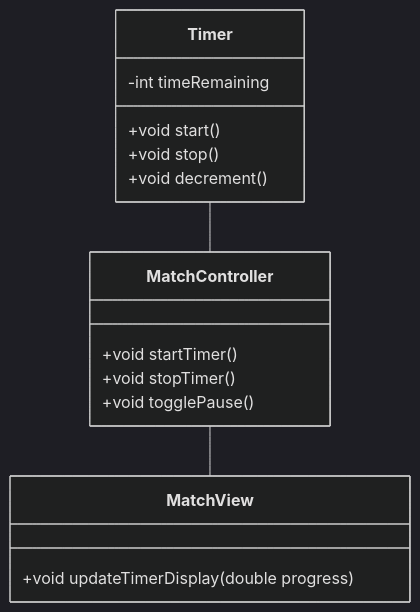
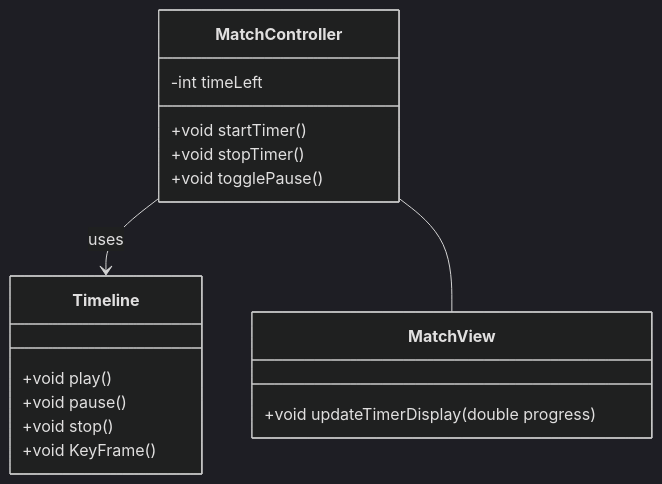
One commit to giuliavanni/frogger changed the third of 6 diagrams in README.md. Above: the diagram before and after it, drawn with Mermaid (dark theme). The commit also changed other lines of this file, not shown here.

````diff
--- a/README.md
+++ b/README.md
@@ -199,19 +199,21 @@
 ```mermaid
 classDiagram
-    class Timer {
-        -int timeRemaining
-        +void start()
-        +void stop()
-        +void decrement()
-    }
+    
     class MatchController {
+        -int timeLeft
         +void startTimer()
         +void stopTimer()
         +void togglePause()
     }
     class MatchView {
         +void updateTimerDisplay(double progress)
     }
-    Timer -- MatchController
+    class Timeline {
+        +void play()
+        +void pause()
+        +void stop()
+        +void KeyFrame()
+    }
+    MatchController --> Timeline : uses
     MatchController -- MatchView
 ```
````
